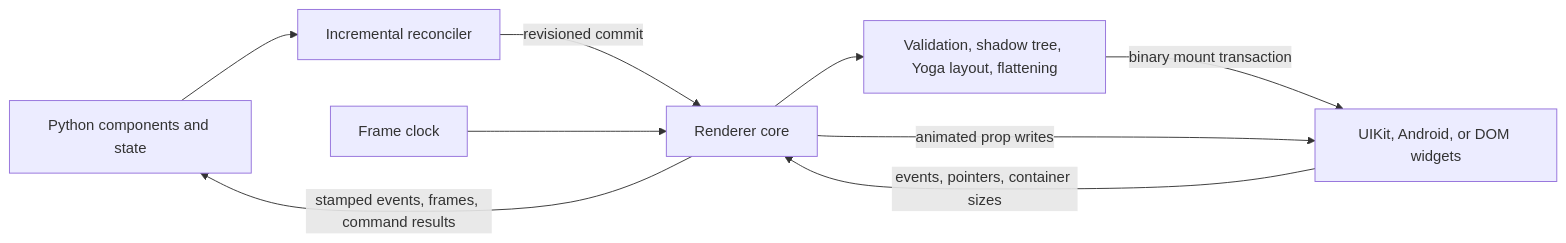
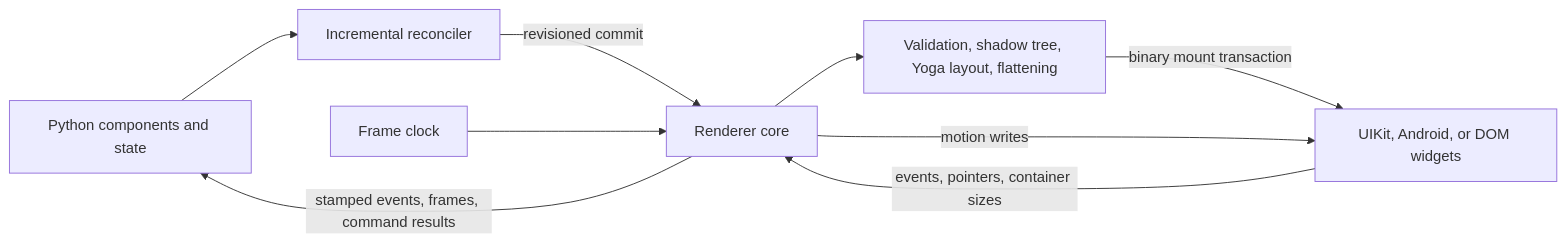
Before and after one commit to pythonnative/pythonnative: the diagram in docs/concepts/architecture.md, drawn with Mermaid. The commit also changed other lines of this file and 246 other files, not shown here.

````diff
--- a/docs/concepts/architecture.md
+++ b/docs/concepts/architecture.md
@@ -7,11 +7,11 @@
 ```mermaid
 flowchart LR
     A[Python components and state] --> B[Incremental reconciler]
     B -->|revisioned commit| C[Renderer core]
     C --> D[Validation, shadow tree, Yoga layout, flattening]
     D -->|binary mount transaction| E[UIKit, Android, or DOM widgets]
     E -->|events, pointers, container sizes| C
     C -->|stamped events, frames, command results| A
     F[Frame clock] --> C
-    C -->|animated prop writes| E
+    C -->|motion writes| E
 ```
````
